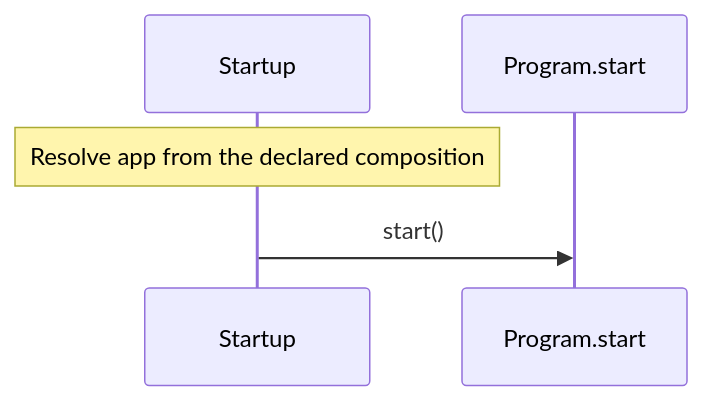
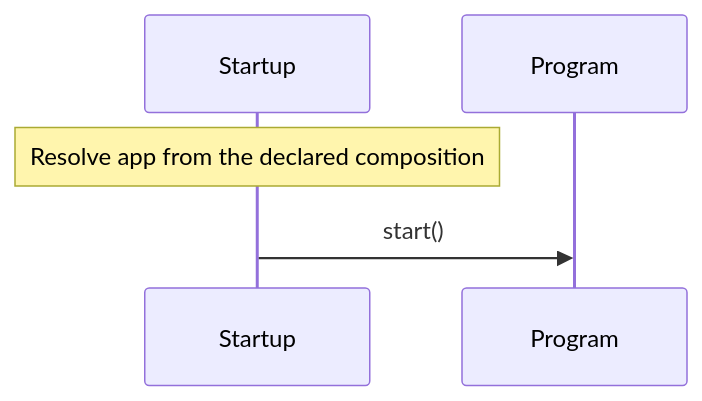
The third of 3 diagrams in docs/examples/generic-di/main-diagrams.md (GreenPandaStudios/augscript), drawn with Mermaid before and after one commit. The commit also changed other lines of this file and 524 other files, not shown here.

Commit message:
Explain checked data flow at folder and service levels

````diff
--- a/docs/examples/generic-di/main-diagrams.md
+++ b/docs/examples/generic-di/main-diagrams.md
@@ -45,7 +47,7 @@
 ```mermaid
 sequenceDiagram
     participant p0 as Startup
-    participant p1 as Program.start
+    participant p1 as Program
     Note over p0: Resolve app from the declared composition
     p0->>p1: start()
 ```
````
